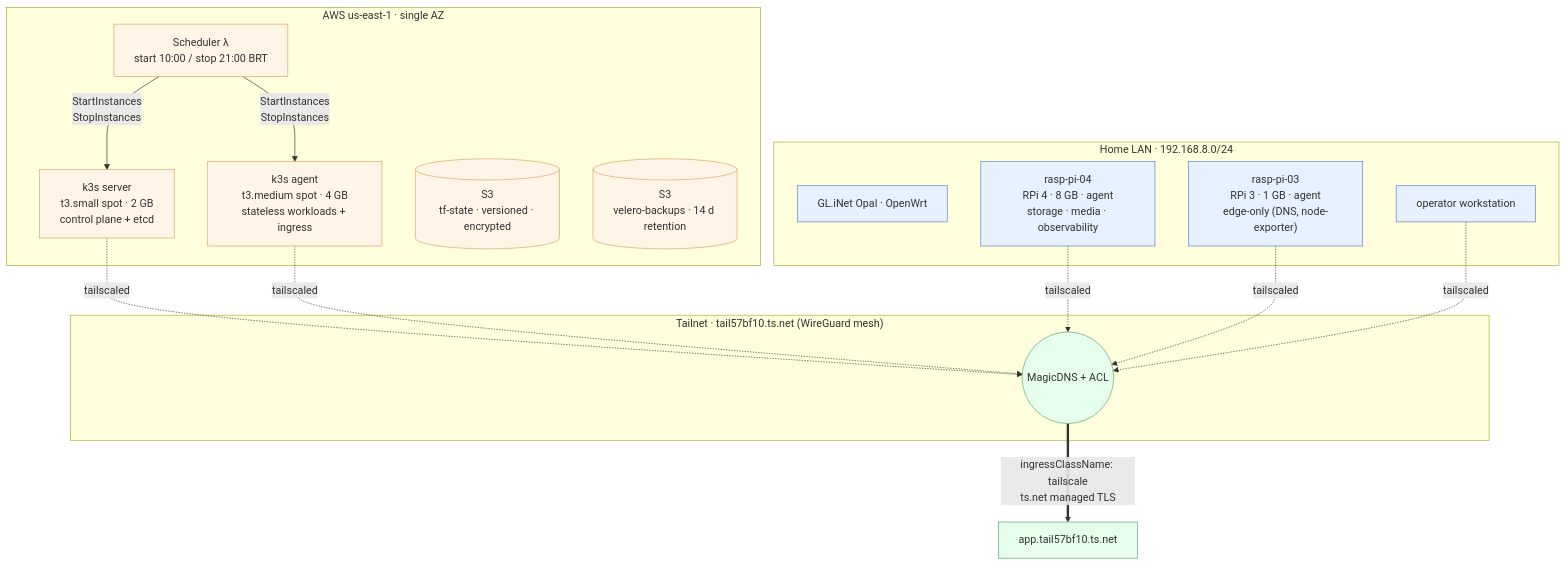
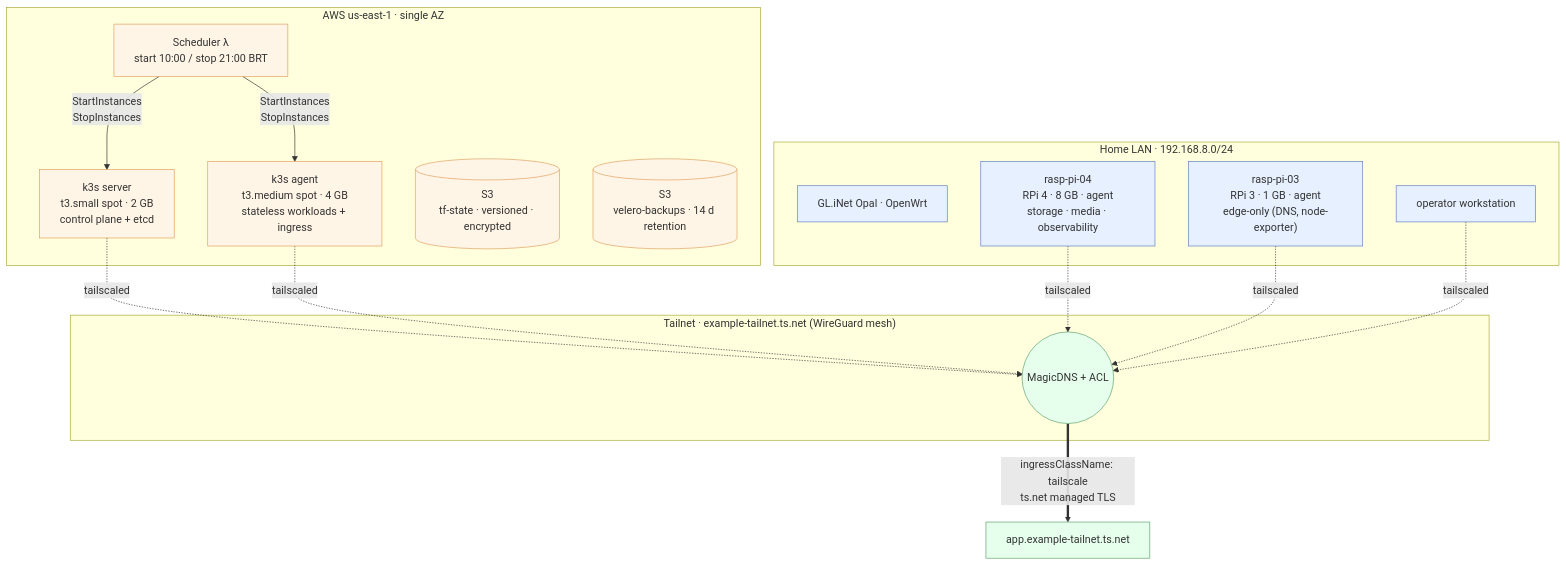
One commit to ariel-extending851/homelab changed the diagram in docs/architecture/overview.md. Above: the diagram before and after it, drawn with Mermaid. The commit also changed other lines of this file and 27 other files, not shown here.

````diff
--- a/docs/architecture/overview.md
+++ b/docs/architecture/overview.md
@@ -15,39 +15,39 @@
 ```mermaid
 graph TB
     subgraph AWS["AWS us-east-1 · single AZ"]
         SERVER["k3s server<br/>t3.small spot · 2 GB<br/>control plane + etcd"]
         AGENT["k3s agent<br/>t3.medium spot · 4 GB<br/>stateless workloads + ingress"]
         LAMBDA["Scheduler λ<br/>start 10:00 / stop 21:00 BRT"]
         S3STATE[("S3<br/>tf-state · versioned · encrypted")]
         S3VELERO[("S3<br/>velero-backups · 14 d retention")]
     end
 
     subgraph LAN["Home LAN · 192.168.8.0/24"]
         ROUTER["GL.iNet Opal · OpenWrt"]
         PI4["rasp-pi-04<br/>RPi 4 · 8 GB · agent<br/>storage · media · observability"]
         PI3["rasp-pi-03<br/>RPi 3 · 1 GB · agent<br/>edge-only (DNS, node-exporter)"]
         WS["operator workstation"]
     end
 
-    subgraph TS["Tailnet · tail57bf10.ts.net (WireGuard mesh)"]
+    subgraph TS["Tailnet · example-tailnet.ts.net (WireGuard mesh)"]
         MESH(("MagicDNS + ACL"))
     end
 
     SERVER -.->|tailscaled| MESH
     AGENT  -.->|tailscaled| MESH
     PI4    -.->|tailscaled| MESH
     PI3    -.->|tailscaled| MESH
     WS     -.->|tailscaled| MESH
 
-    MESH ==>|ingressClassName: tailscale<br/>ts.net managed TLS| APPS["app.tail57bf10.ts.net"]
+    MESH ==>|ingressClassName: tailscale<br/>ts.net managed TLS| APPS["app.example-tailnet.ts.net"]
 
     LAMBDA -->|StartInstances<br/>StopInstances| SERVER
     LAMBDA -->|StartInstances<br/>StopInstances| AGENT
 
     classDef cloud fill:#fff5e6,stroke:#e0a060
     classDef edge fill:#e6f0ff,stroke:#6080c0
     classDef mesh fill:#e6ffed,stroke:#60a070
     class SERVER,AGENT,LAMBDA,S3STATE,S3VELERO cloud
     class PI3,PI4,ROUTER,WS edge
     class MESH,APPS mesh
 ```
````
